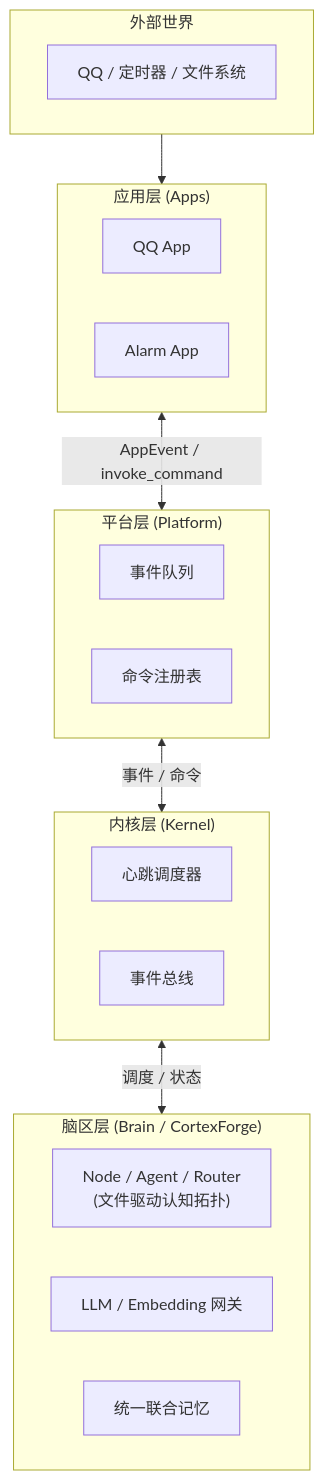
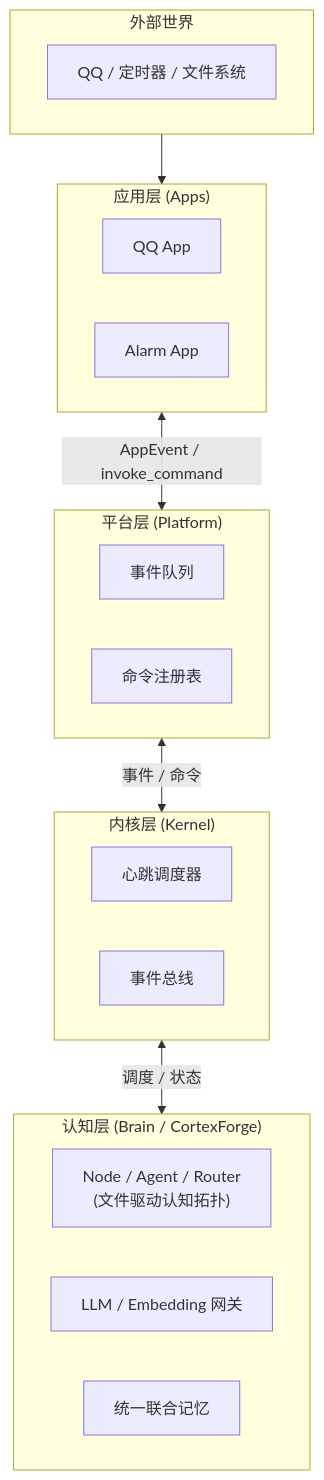
One commit to JuFireX/AuroraBot changed the diagram in docs/architecture/system-overview.md. Above: the diagram before and after it, drawn with Mermaid. The commit also changed other lines of this file and 17 other files, not shown here.

````diff
--- a/docs/architecture/system-overview.md
+++ b/docs/architecture/system-overview.md
@@ -22,33 +32,33 @@
 ```mermaid
 flowchart TB
     subgraph OUTER["外部世界"]
         Adapters["QQ / 定时器 / 文件系统"]
     end
 
     subgraph APPS["应用层 (Apps)"]
         APP_QQ["QQ App"]
         APP_ALARM["Alarm App"]
     end
 
     subgraph PLATFORM["平台层 (Platform)"]
         EVENTS["事件队列"]
         CMDS["命令注册表"]
     end
 
     subgraph KERNEL["内核层 (Kernel)"]
         SCHEDULER["心跳调度器"]
         EVENTBUS["事件总线"]
     end
 
-    subgraph BRAIN["脑区层 (Brain / CortexForge)"]
+    subgraph BRAIN["认知层 (Brain / CortexForge)"]
         direction LR
         NODES["Node / Agent / Router\n(文件驱动认知拓扑)"]
         GATEWAYS["LLM / Embedding 网关"]
         MEMORY["统一联合记忆"]
     end
 
     OUTER --> APPS
     APPS <-->|AppEvent / invoke_command| PLATFORM
     PLATFORM <-->|事件 / 命令| KERNEL
     KERNEL <-->|调度 / 状态| BRAIN
 ```
````
